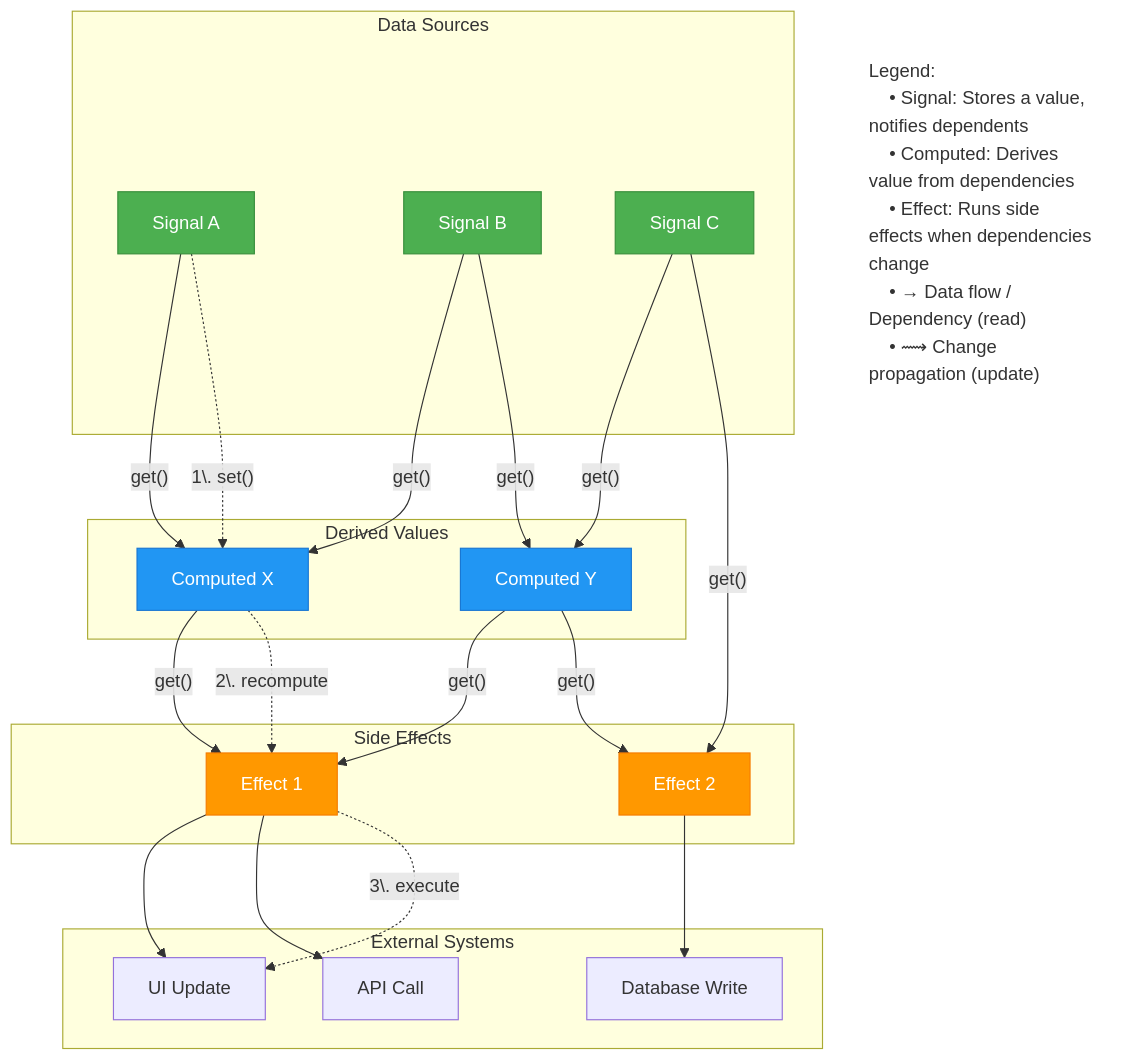
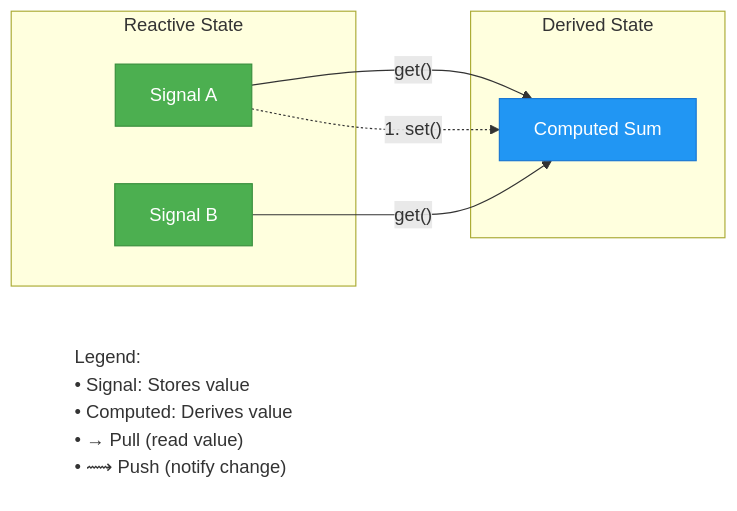
Before and after one commit to buiapp/reaktiv: the diagram in docs/core-concepts.md, drawn with Mermaid. The commit also changed other lines of this file and 5 other files, not shown here.

````diff
--- a/docs/core-concepts.md
+++ b/docs/core-concepts.md
@@ -13,66 +13,37 @@
 ```mermaid
-graph TD
+graph LR
     %% Define node subgraphs for better organization
-    subgraph "Data Sources"
+    subgraph "Reactive State"
         S1[Signal A]
         S2[Signal B]
-        S3[Signal C]
     end
     
-    subgraph "Derived Values"
-        C1[Computed X]
-        C2[Computed Y]
-    end
-    
-    subgraph "Side Effects"
-        E1[Effect 1]
-        E2[Effect 2]
-    end
-    
-    subgraph "External Systems"
-        EXT1[UI Update]
-        EXT2[API Call]
-        EXT3[Database Write]
+    subgraph "Derived State"
+        C1[Computed Sum]
     end
     
     %% Define relationships between nodes
     S1 -->|"get()"| C1
     S2 -->|"get()"| C1
-    S2 -->|"get()"| C2
-    S3 -->|"get()"| C2
-    
-    C1 -->|"get()"| E1
-    C2 -->|"get()"| E1
-    S3 -->|"get()"| E2
-    C2 -->|"get()"| E2
-    
-    E1 --> EXT1
-    E1 --> EXT2
-    E2 --> EXT3
     
     %% Change propagation path
-    S1 -.-> |"1\. set()"| C1
-    C1 -.->|"2\. recompute"| E1
-    E1 -.->|"3\. execute"| EXT1
+    S1 -.-> |"1. set()"| C1
     
     %% Style nodes by type
     classDef signal fill:#4CAF50,color:white,stroke:#388E3C,stroke-width:1px
     classDef computed fill:#2196F3,color:white,stroke:#1976D2,stroke-width:1px
-    classDef effect fill:#FF9800,color:white,stroke:#F57C00,stroke-width:1px
     
     %% Apply styles to nodes
-    class S1,S2,S3 signal
-    class C1,C2 computed
-    class E1,E2 effect
+    class S1,S2 signal
+    class C1 computed
     
     %% Legend node
     LEGEND[" Legend:
-    • Signal: Stores a value, notifies dependents
-    • Computed: Derives value from dependencies
-    • Effect: Runs side effects when dependencies change
-    • → Data flow / Dependency (read)
-    • ⟿ Change propagation (update)
+    • Signal: Stores value
+    • Computed: Derives value
+    • → Pull (read value)
+    • ⟿ Push (notify change)
     "]
     classDef legend fill:none,stroke:none,text-align:left
     class LEGEND legend
 ```
````
